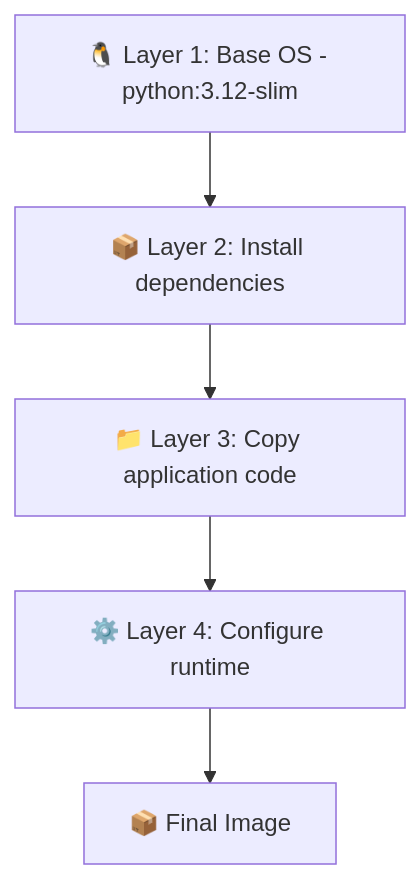
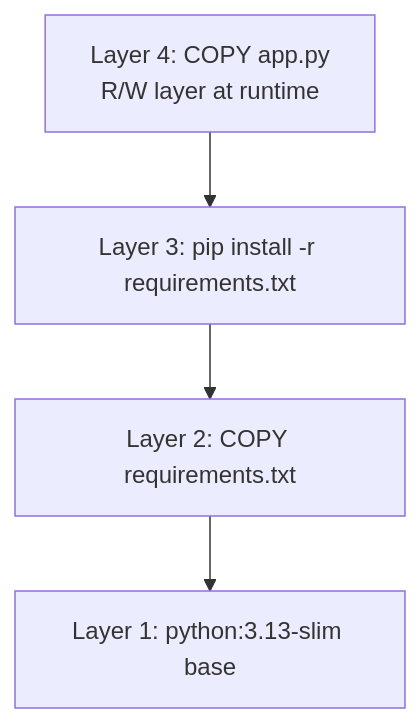
The sixth of 8 diagrams in lectures/lec2.md (inno-devops-labs/DevOps-Core-Course), drawn with Mermaid before and after one commit. The commit also changed other lines of this file and 24 other files, not shown here.

````diff
--- a/lectures/lec2.md
+++ b/lectures/lec2.md
@@ -378,9 +169,8 @@
 ```mermaid
-flowchart TD
-  L1[🐧 Layer 1: Base OS - python:3.12-slim]
-  L2[📦 Layer 2: Install dependencies]
-  L3[📁 Layer 3: Copy application code]
-  L4[⚙️ Layer 4: Configure runtime]
-  L1 --> L2 --> L3 --> L4
-  L4 --> Image[📦 Final Image]
+flowchart TB
+  L4[Layer 4: COPY app.py<br/>R/W layer at runtime]
+  L3[Layer 3: pip install -r requirements.txt]
+  L2[Layer 2: COPY requirements.txt]
+  L1[Layer 1: python:3.13-slim base]
+  L4 --> L3 --> L2 --> L1
 ```
````
